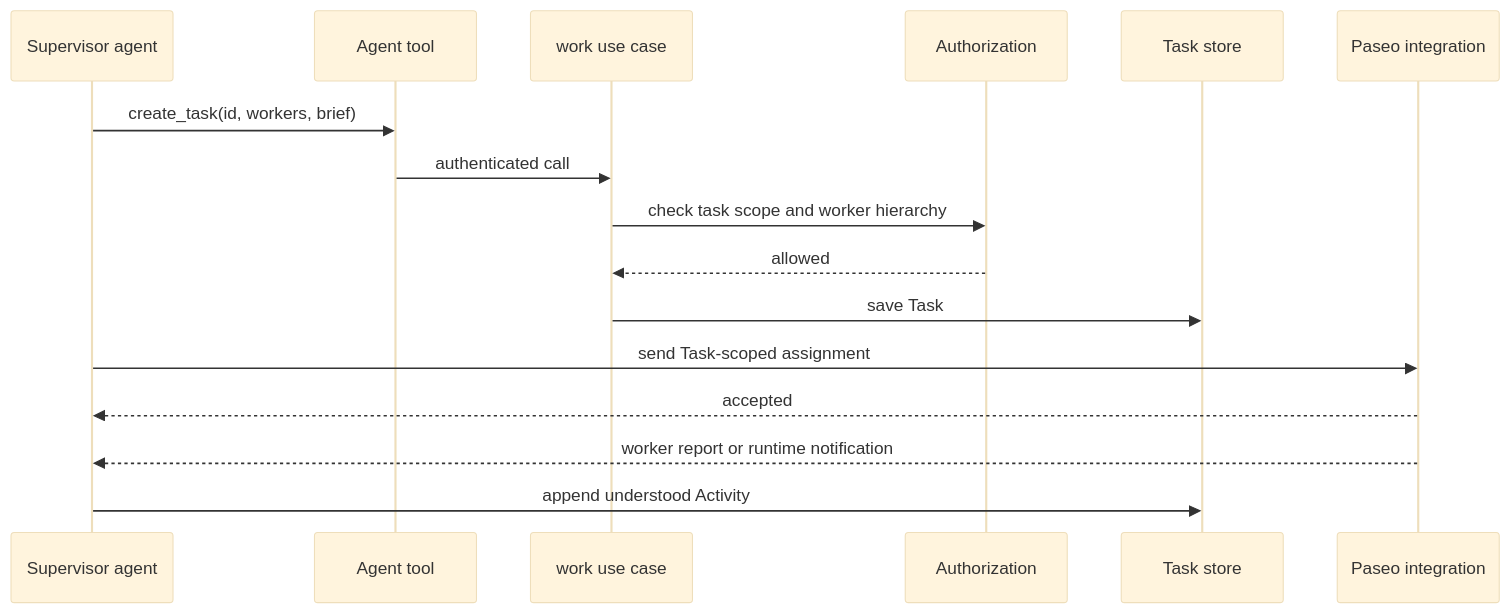
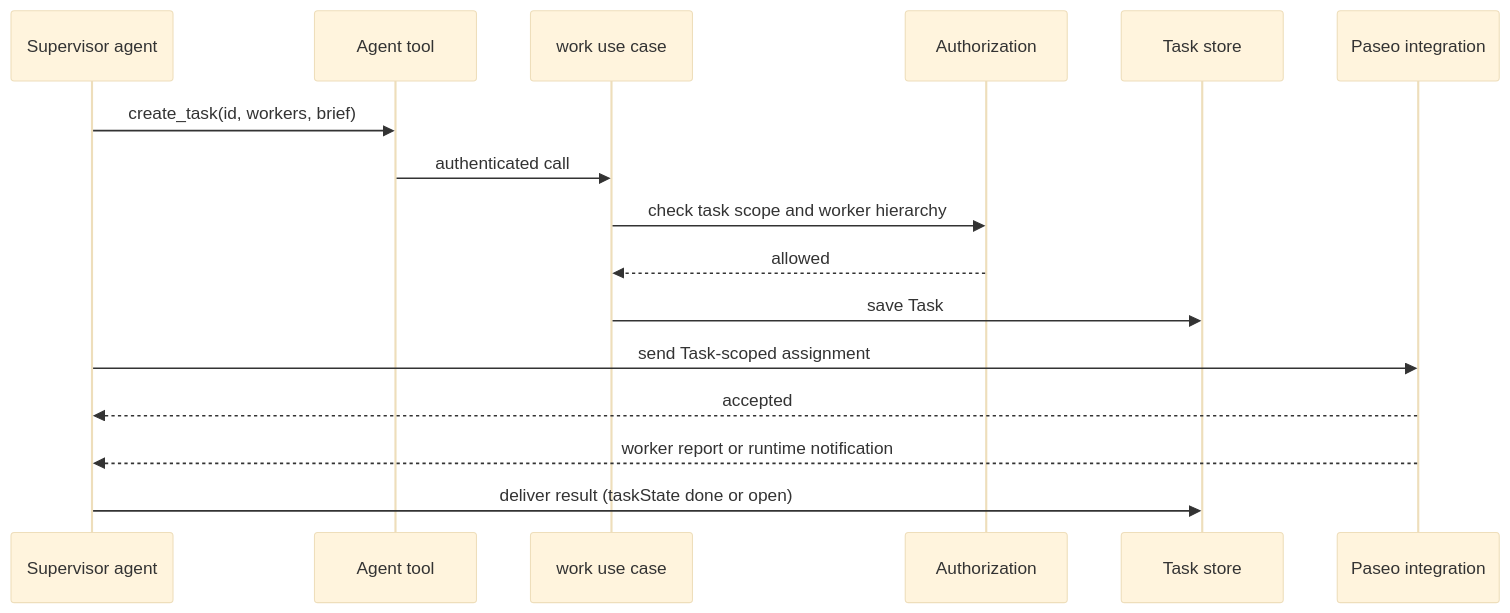
The second of 3 diagrams in design/03-module-design.md (seven-mile/paseo), drawn with Mermaid (base theme) before and after one commit. The commit also changed other lines of this file and 24 other files, not shown here.

````diff
--- a/design/03-module-design.md
+++ b/design/03-module-design.md
@@ -150,19 +153,19 @@
 ```mermaid
 sequenceDiagram
     participant S as Supervisor agent
     participant T as Agent tool
     participant W as work use case
     participant A as Authorization
     participant D as Task store
     participant P as Paseo integration
 
     S->>T: create_task(id, workers, brief)
     T->>W: authenticated call
     W->>A: check task scope and worker hierarchy
     A-->>W: allowed
     W->>D: save Task
     S->>P: send Task-scoped assignment
     P-->>S: accepted
     P-->>S: worker report or runtime notification
-    S->>D: append understood Activity
+    S->>D: deliver result (taskState done or open)
 ```
````
